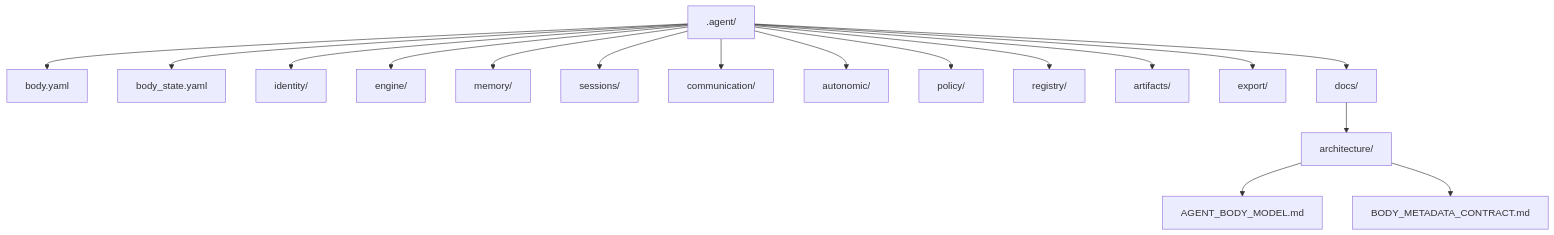
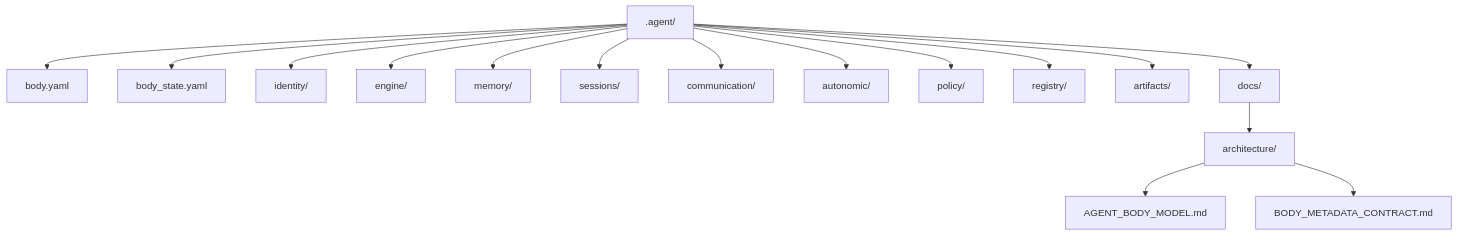
One commit to SungYongMOON/soulforge changed the diagram in .agent/docs/architecture/AGENT_BODY_MODEL.md. Above: the diagram before and after it, drawn with Mermaid. The commit also changed other lines of this file and 8 other files, not shown here.

````diff
--- a/.agent/docs/architecture/AGENT_BODY_MODEL.md
+++ b/.agent/docs/architecture/AGENT_BODY_MODEL.md
@@ -12,19 +12,18 @@
 ```mermaid
 flowchart TD
   B[".agent/"] --> BY["body.yaml"]
   B --> BS["body_state.yaml"]
   B --> I["identity/"]
   B --> E["engine/"]
   B --> M["memory/"]
   B --> S["sessions/"]
   B --> C["communication/"]
   B --> A["autonomic/"]
   B --> P["policy/"]
   B --> R["registry/"]
   B --> AR["artifacts/"]
-  B --> EX["export/"]
   B --> D["docs/"]
   D --> DA["architecture/"]
   DA --> DM["AGENT_BODY_MODEL.md"]
   DA --> DC["BODY_METADATA_CONTRACT.md"]
 ```
````
